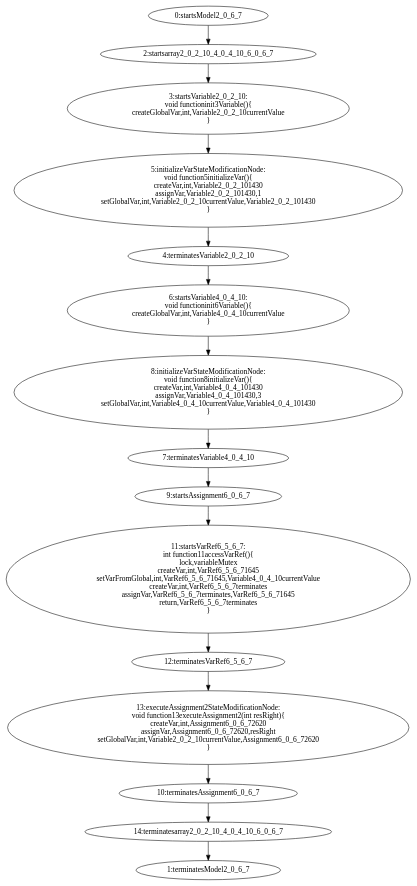
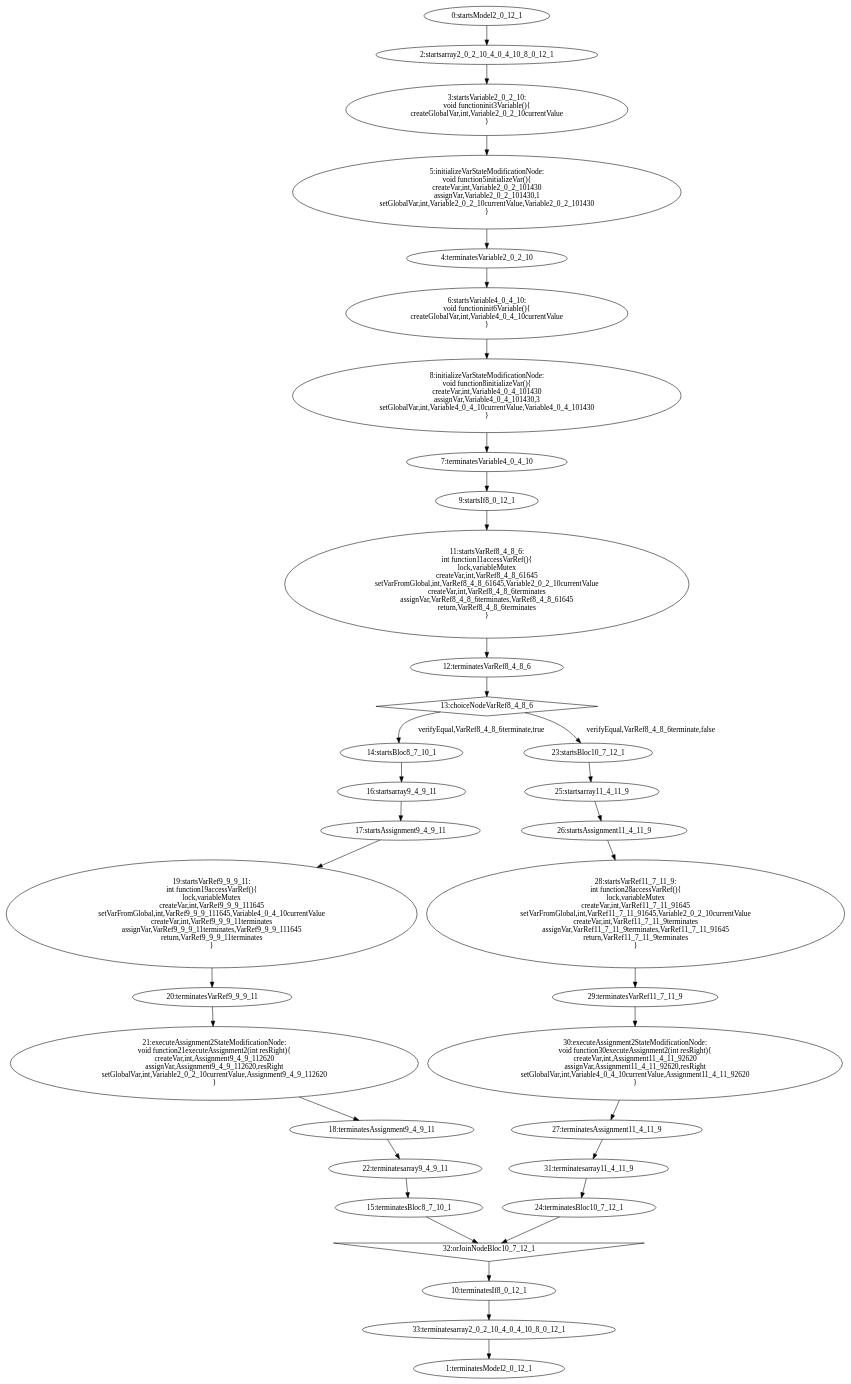
One commit to jdeantoni/TCOS.lang changed the diagram in temp/generated/basictestplus.dot. Above: the diagram before and after it, drawn with Graphviz. The commit also changed 11 other files, not shown here.

```diff
--- a/temp/generated/basictestplus.dot
+++ b/temp/generated/basictestplus.dot
@@ -1,60 +1,120 @@
 digraph G {
-  "0" [label="0:startsModel2_0_6_7" shape="ellipse" ];
-  "1" [label="1:terminatesModel2_0_6_7" shape="ellipse" ];
-  "2" [label="2:startsarray2_0_2_10_4_0_4_10_6_0_6_7" shape="ellipse" ];
+  "0" [label="0:startsModel2_0_12_1" shape="ellipse" ];
+  "1" [label="1:terminatesModel2_0_12_1" shape="ellipse" ];
+  "2" [label="2:startsarray2_0_2_10_4_0_4_10_8_0_12_1" shape="ellipse" ];
   "3" [label="3:startsVariable2_0_2_10:
 void functioninit3Variable(){
 createGlobalVar,int,Variable2_0_2_10currentValue
 }" shape="ellipse" ];
   "4" [label="4:terminatesVariable2_0_2_10" shape="ellipse" ];
   "5" [label="5:initializeVarStateModificationNode:
 void function5initializeVar(){
 createVar,int,Variable2_0_2_101430
 assignVar,Variable2_0_2_101430,1
 setGlobalVar,int,Variable2_0_2_10currentValue,Variable2_0_2_101430
 }" shape="ellipse" ];
   "6" [label="6:startsVariable4_0_4_10:
 void functioninit6Variable(){
 createGlobalVar,int,Variable4_0_4_10currentValue
 }" shape="ellipse" ];
   "7" [label="7:terminatesVariable4_0_4_10" shape="ellipse" ];
   "8" [label="8:initializeVarStateModificationNode:
 void function8initializeVar(){
 createVar,int,Variable4_0_4_101430
 assignVar,Variable4_0_4_101430,3
 setGlobalVar,int,Variable4_0_4_10currentValue,Variable4_0_4_101430
 }" shape="ellipse" ];
-  "9" [label="9:startsAssignment6_0_6_7" shape="ellipse" ];
-  "10" [label="10:terminatesAssignment6_0_6_7" shape="ellipse" ];
-  "11" [label="11:startsVarRef6_5_6_7:
+  "9" [label="9:startsIf8_0_12_1" shape="ellipse" ];
+  "10" [label="10:terminatesIf8_0_12_1" shape="ellipse" ];
+  "11" [label="11:startsVarRef8_4_8_6:
 int function11accessVarRef(){
 lock,variableMutex
-createVar,int,VarRef6_5_6_71645
-setVarFromGlobal,int,VarRef6_5_6_71645,Variable4_0_4_10currentValue
-createVar,int,VarRef6_5_6_7terminates
-assignVar,VarRef6_5_6_7terminates,VarRef6_5_6_71645
-return,VarRef6_5_6_7terminates
+createVar,int,VarRef8_4_8_61645
+setVarFromGlobal,int,VarRef8_4_8_61645,Variable2_0_2_10currentValue
+createVar,int,VarRef8_4_8_6terminates
+assignVar,VarRef8_4_8_6terminates,VarRef8_4_8_61645
+return,VarRef8_4_8_6terminates
 }" shape="ellipse" ];
-  "12" [label="12:terminatesVarRef6_5_6_7" shape="ellipse" ];
-  "13" [label="13:executeAssignment2StateModificationNode:
-void function13executeAssignment2(int resRight){
-createVar,int,Assignment6_0_6_72620
-assignVar,Assignment6_0_6_72620,resRight
-setGlobalVar,int,Variable2_0_2_10currentValue,Assignment6_0_6_72620
+  "12" [label="12:terminatesVarRef8_4_8_6" shape="ellipse" ];
+  "13" [label="13:choiceNodeVarRef8_4_8_6" shape="diamond" ];
+  "14" [label="14:startsBloc8_7_10_1" shape="ellipse" ];
+  "15" [label="15:terminatesBloc8_7_10_1" shape="ellipse" ];
+  "16" [label="16:startsarray9_4_9_11" shape="ellipse" ];
+  "17" [label="17:startsAssignment9_4_9_11" shape="ellipse" ];
+  "18" [label="18:terminatesAssignment9_4_9_11" shape="ellipse" ];
+  "19" [label="19:startsVarRef9_9_9_11:
+int function19accessVarRef(){
+lock,variableMutex
+createVar,int,VarRef9_9_9_111645
+setVarFromGlobal,int,VarRef9_9_9_111645,Variable4_0_4_10currentValue
+createVar,int,VarRef9_9_9_11terminates
+assignVar,VarRef9_9_9_11terminates,VarRef9_9_9_111645
+return,VarRef9_9_9_11terminates
 }" shape="ellipse" ];
-  "14" [label="14:terminatesarray2_0_2_10_4_0_4_10_6_0_6_7" shape="ellipse" ];
+  "20" [label="20:terminatesVarRef9_9_9_11" shape="ellipse" ];
+  "21" [label="21:executeAssignment2StateModificationNode:
+void function21executeAssignment2(int resRight){
+createVar,int,Assignment9_4_9_112620
+assignVar,Assignment9_4_9_112620,resRight
+setGlobalVar,int,Variable2_0_2_10currentValue,Assignment9_4_9_112620
+}" shape="ellipse" ];
+  "22" [label="22:terminatesarray9_4_9_11" shape="ellipse" ];
+  "23" [label="23:startsBloc10_7_12_1" shape="ellipse" ];
+  "24" [label="24:terminatesBloc10_7_12_1" shape="ellipse" ];
+  "25" [label="25:startsarray11_4_11_9" shape="ellipse" ];
+  "26" [label="26:startsAssignment11_4_11_9" shape="ellipse" ];
+  "27" [label="27:terminatesAssignment11_4_11_9" shape="ellipse" ];
+  "28" [label="28:startsVarRef11_7_11_9:
+int function28accessVarRef(){
+lock,variableMutex
+createVar,int,VarRef11_7_11_91645
+setVarFromGlobal,int,VarRef11_7_11_91645,Variable2_0_2_10currentValue
+createVar,int,VarRef11_7_11_9terminates
+assignVar,VarRef11_7_11_9terminates,VarRef11_7_11_91645
+return,VarRef11_7_11_9terminates
+}" shape="ellipse" ];
+  "29" [label="29:terminatesVarRef11_7_11_9" shape="ellipse" ];
+  "30" [label="30:executeAssignment2StateModificationNode:
+void function30executeAssignment2(int resRight){
+createVar,int,Assignment11_4_11_92620
+assignVar,Assignment11_4_11_92620,resRight
+setGlobalVar,int,Variable4_0_4_10currentValue,Assignment11_4_11_92620
+}" shape="ellipse" ];
+  "31" [label="31:terminatesarray11_4_11_9" shape="ellipse" ];
+  "32" [label="32:orJoinNodeBloc10_7_12_1" shape="invtriangle" ];
+  "33" [label="33:terminatesarray2_0_2_10_4_0_4_10_8_0_12_1" shape="ellipse" ];
   "0" -> "2" [label=""];
   "3" -> "5" [label=""];
   "5" -> "4" [label=""];
   "2" -> "3" [label=""];
   "6" -> "8" [label=""];
   "8" -> "7" [label=""];
   "4" -> "6" [label=""];
   "11" -> "12" [label=""];
   "9" -> "11" [label=""];
   "12" -> "13" [label=""];
-  "13" -> "10" [label=""];
+  "14" -> "16" [label=""];
+  "19" -> "20" [label=""];
+  "17" -> "19" [label=""];
+  "20" -> "21" [label=""];
+  "21" -> "18" [label=""];
+  "16" -> "17" [label=""];
+  "18" -> "22" [label=""];
+  "22" -> "15" [label=""];
+  "13" -> "14" [label="verifyEqual,VarRef8_4_8_6terminate,true"];
+  "23" -> "25" [label=""];
+  "28" -> "29" [label=""];
+  "26" -> "28" [label=""];
+  "29" -> "30" [label=""];
+  "30" -> "27" [label=""];
+  "25" -> "26" [label=""];
+  "27" -> "31" [label=""];
+  "31" -> "24" [label=""];
+  "13" -> "23" [label="verifyEqual,VarRef8_4_8_6terminate,false"];
+  "24" -> "32" [label=""];
+  "15" -> "32" [label=""];
+  "32" -> "10" [label=""];
   "7" -> "9" [label=""];
-  "10" -> "14" [label=""];
-  "14" -> "1" [label=""];
+  "10" -> "33" [label=""];
+  "33" -> "1" [label=""];
 }
```
